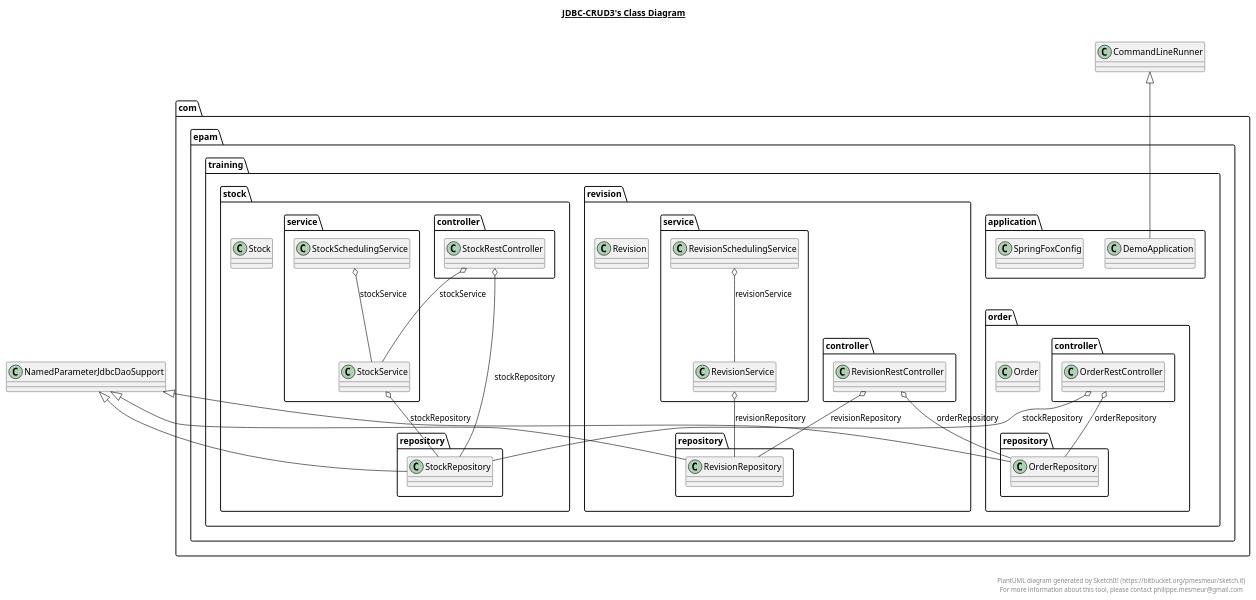
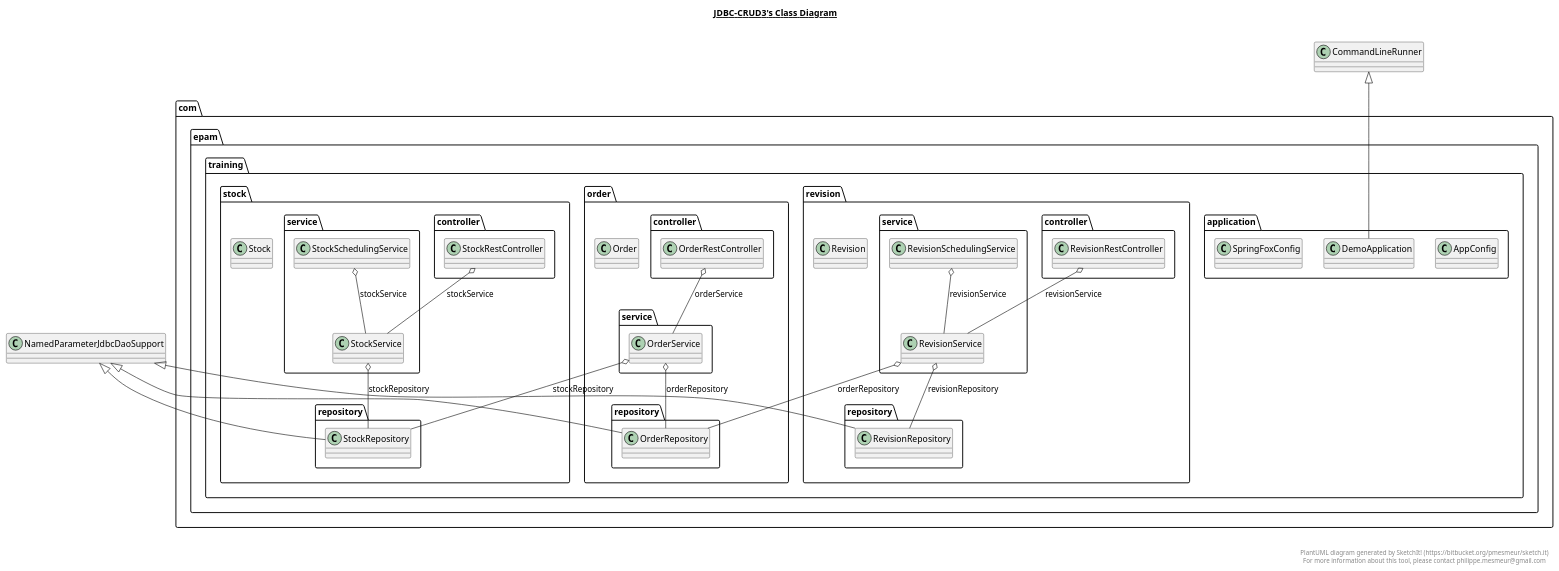
Before and after one commit to nik-nenkov/tutoring-rest-api-with-java: the diagram in jdbc-crud3.plantuml, drawn with PlantUML. The commit also changed 28 other files, not shown here.

Commit message:
Tests now cover most of the lines. //TODO fix the automatic Revision service

```diff
--- a/jdbc-crud3.plantuml
+++ b/jdbc-crud3.plantuml
@@ -1,138 +1,152 @@
 @startuml
 
 title __JDBC-CRUD3's Class Diagram__\n
+
+  package com.epam.training.application {
+    class AppConfig {
+    }
+  }
+  
 
   package com.epam.training.application {
     class DemoApplication {
     }
   }
   
 
   package com.epam.training.order {
     class Order {
     }
   }
   
 
   package com.epam.training.order {
     package com.epam.training.order.repository {
       class OrderRepository {
       }
     }
   }
   
 
   package com.epam.training.order {
     package com.epam.training.order.controller {
       class OrderRestController {
+      }
+    }
+  }
+  
+
+  package com.epam.training.order {
+    package com.epam.training.order.service {
+      class OrderService {
       }
     }
   }
   
 
   package com.epam.training.revision {
     class Revision {
     }
   }
   
 
   package com.epam.training.revision {
     package com.epam.training.revision.repository {
       class RevisionRepository {
       }
     }
   }
   
 
   package com.epam.training.revision {
     package com.epam.training.revision.controller {
       class RevisionRestController {
       }
     }
   }
   
 
   package com.epam.training.revision {
     package com.epam.training.revision.service {
       class RevisionSchedulingService {
       }
     }
   }
   
 
   package com.epam.training.revision {
     package com.epam.training.revision.service {
       class RevisionService {
       }
     }
   }
   
 
   package com.epam.training.application {
     class SpringFoxConfig {
     }
   }
   
 
   package com.epam.training.stock {
     class Stock {
     }
   }
   
 
   package com.epam.training.stock {
     package com.epam.training.stock.repository {
       class StockRepository {
       }
     }
   }
   
 
   package com.epam.training.stock {
     package com.epam.training.stock.controller {
       class StockRestController {
       }
     }
   }
   
 
   package com.epam.training.stock {
     package com.epam.training.stock.service {
       class StockSchedulingService {
       }
     }
   }
   
 
   package com.epam.training.stock {
     package com.epam.training.stock.service {
       class StockService {
       }
     }
   }
   
 
   DemoApplication -up-|> CommandLineRunner
   OrderRepository -up-|> NamedParameterJdbcDaoSupport
-  OrderRestController o-- OrderRepository : orderRepository
-  OrderRestController o-- StockRepository : stockRepository
+  OrderRestController o-- OrderService : orderService
+  OrderService o-- OrderRepository : orderRepository
+  OrderService o-- StockRepository : stockRepository
   RevisionRepository -up-|> NamedParameterJdbcDaoSupport
-  RevisionRestController o-- OrderRepository : orderRepository
-  RevisionRestController o-- RevisionRepository : revisionRepository
+  RevisionRestController o-- RevisionService : revisionService
   RevisionSchedulingService o-- RevisionService : revisionService
   RevisionService o-- RevisionRepository : revisionRepository
+  RevisionService o-- OrderRepository : orderRepository
   StockRepository -up-|> NamedParameterJdbcDaoSupport
-  StockRestController o-- StockRepository : stockRepository
   StockRestController o-- StockService : stockService
   StockSchedulingService o-- StockService : stockService
   StockService o-- StockRepository : stockRepository
 
 
 right footer
 
 
 PlantUML diagram generated by SketchIt! (https://bitbucket.org/pmesmeur/sketch.it)
 For more information about this tool, please contact philippe.mesmeur@gmail.com
 endfooter
 
 @enduml
```
